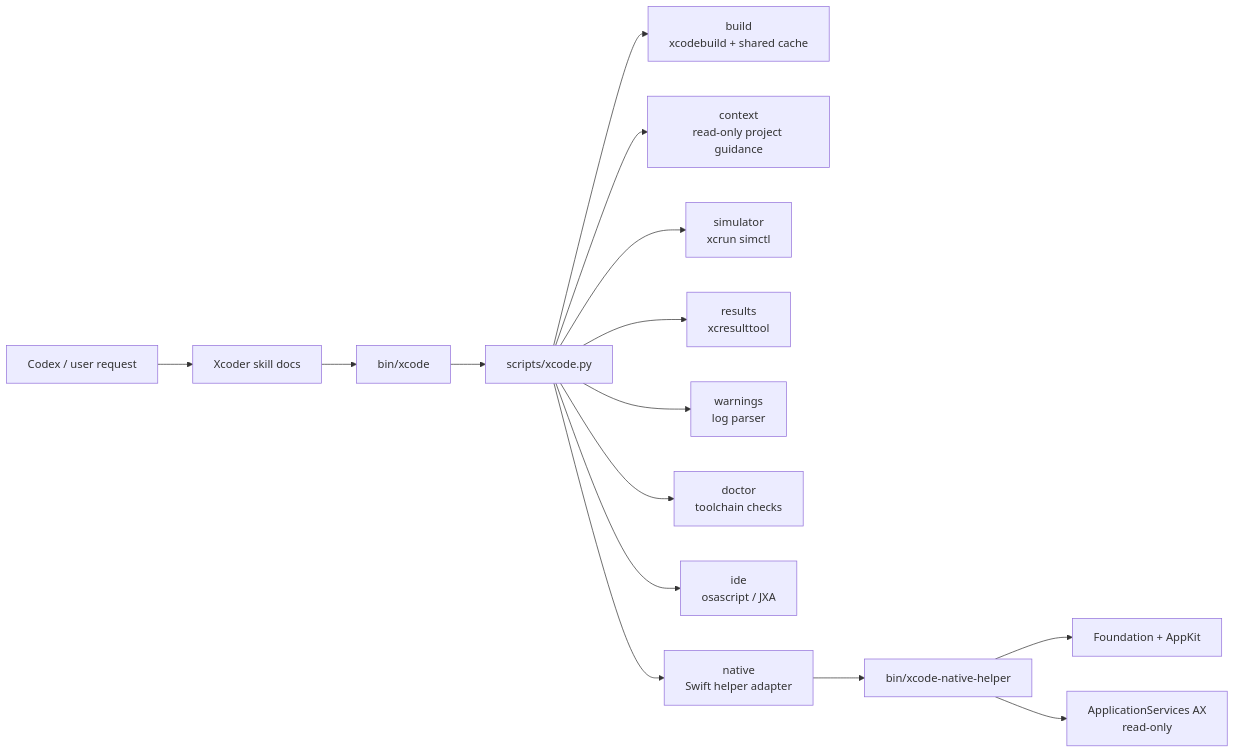
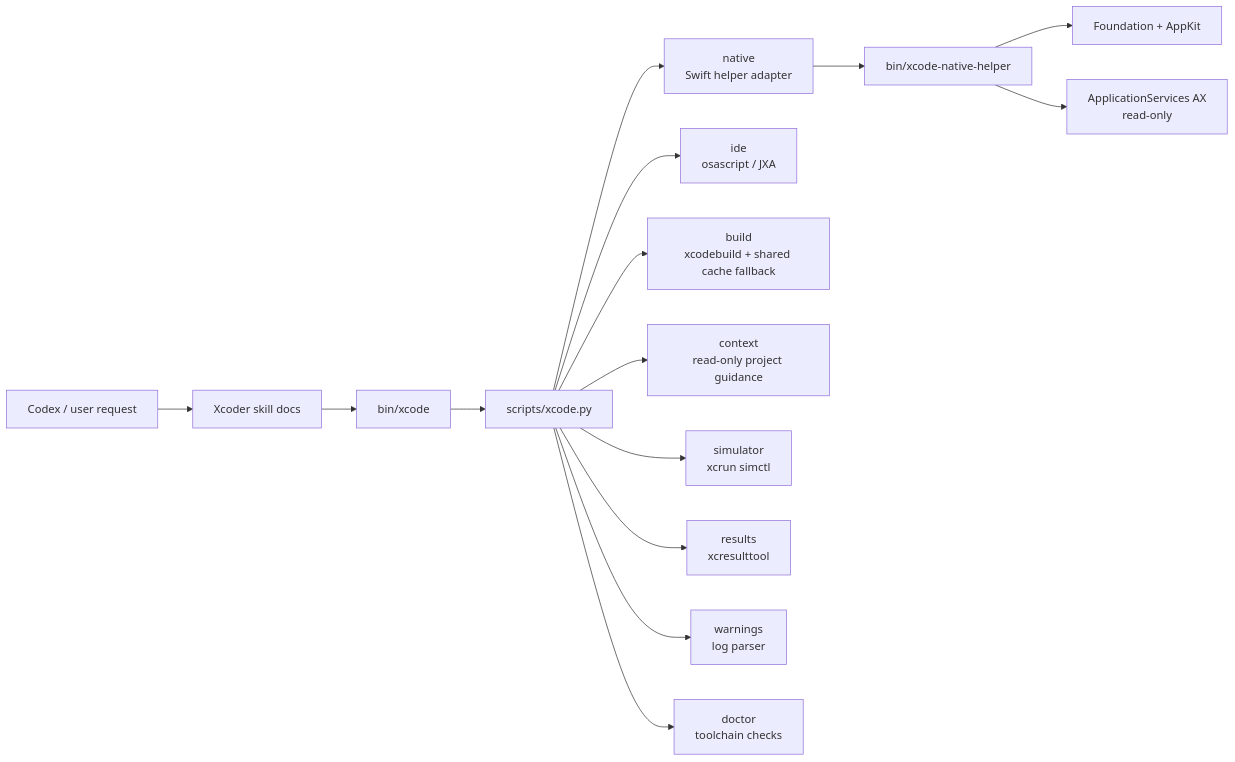
One commit to AmrMohamad/Xcoder changed the first of 4 diagrams in docs/architecture.md. Above: the diagram before and after it, drawn with Mermaid. The commit also changed other lines of this file and 17 other files, not shown here.

````diff
--- a/docs/architecture.md
+++ b/docs/architecture.md
@@ -9,19 +11,18 @@
 ```mermaid
 flowchart LR
     User["Codex / user request"] --> Skill["Xcoder skill docs"]
     Skill --> CLI["bin/xcode"]
     CLI --> Dispatcher["scripts/xcode.py"]
 
-    Dispatcher --> Build["build\nxcodebuild + shared cache"]
+    Dispatcher --> Native["native\nSwift helper adapter"]
+    Dispatcher --> IDE["ide\nosascript / JXA"]
+    Dispatcher --> Build["build\nxcodebuild + shared cache fallback"]
     Dispatcher --> Context["context\nread-only project guidance"]
     Dispatcher --> Sim["simulator\nxcrun simctl"]
     Dispatcher --> Results["results\nxcresulttool"]
     Dispatcher --> Warnings["warnings\nlog parser"]
     Dispatcher --> Doctor["doctor\ntoolchain checks"]
-    Dispatcher --> IDE["ide\nosascript / JXA"]
-    Dispatcher --> Native["native\nSwift helper adapter"]
-
     Native --> Helper["bin/xcode-native-helper"]
     Helper --> AppKit["Foundation + AppKit"]
     Helper --> AX["ApplicationServices AX\nread-only"]
 ```
````
